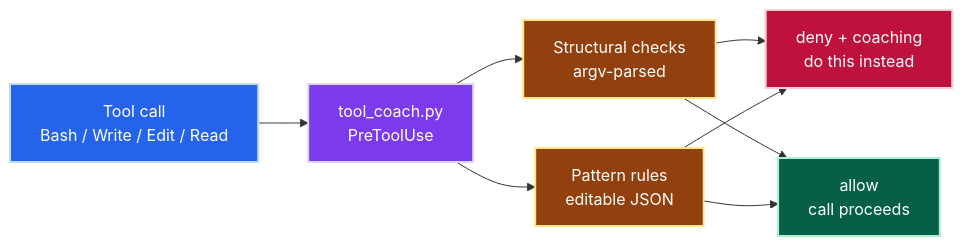
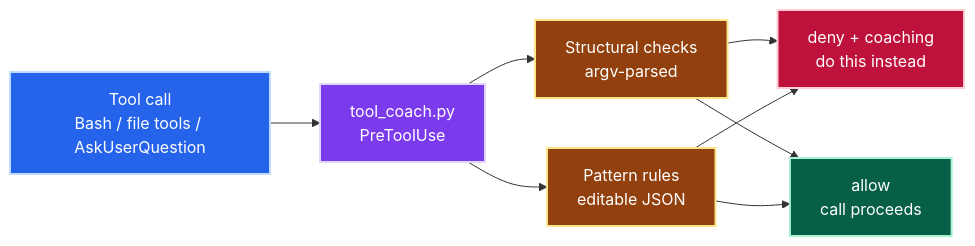
Before and after one commit to jpeakai/skills: the first of 2 diagrams in plugins/jpai-delivery/hooks/README.md, drawn with Mermaid. The commit also changed other lines of this file and 17 other files, not shown here.

First line of the commit message:
Coach AskUserQuestion into one answerable question at a time

````diff
--- a/plugins/jpai-delivery/hooks/README.md
+++ b/plugins/jpai-delivery/hooks/README.md
@@ -18,23 +19,23 @@
 ```mermaid
 flowchart LR
-    T["Tool call<br/>Bash / Write / Edit / Read"]:::input
+    T["Tool call<br/>Bash / file tools / AskUserQuestion"]:::input
     H["tool_coach.py<br/>PreToolUse"]:::proc
     S["Structural checks<br/>argv-parsed"]:::check
     P["Pattern rules<br/>editable JSON"]:::check
     A["allow<br/>call proceeds"]:::ok
     D["deny + coaching<br/>do this instead"]:::deny
 
     T --> H
     H --> S
     H --> P
     S --> D
     P --> D
     S --> A
     P --> A
 
     classDef input fill:#2563eb,stroke:#bfdbfe,color:#ffffff,stroke-width:2px
     classDef proc  fill:#7c3aed,stroke:#ddd6fe,color:#ffffff,stroke-width:2px
     classDef check fill:#92400e,stroke:#fde68a,color:#ffffff,stroke-width:2px
     classDef ok    fill:#065f46,stroke:#a7f3d0,color:#ffffff,stroke-width:2px
     classDef deny  fill:#be123c,stroke:#fecdd3,color:#ffffff,stroke-width:2px
 ```
````
